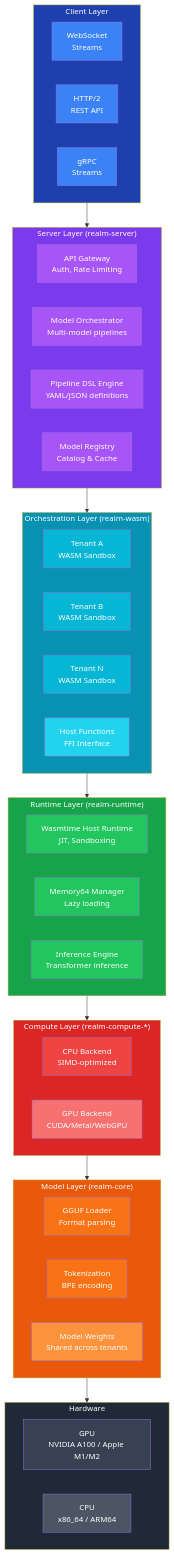
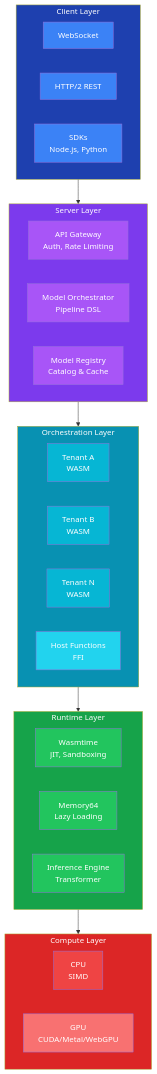
The third of 5 diagrams in README.md (Querent-ai/realm), drawn with Mermaid before and after one commit. The commit also changed other lines of this file, not shown here.

````diff
--- a/README.md
+++ b/README.md
@@ -260,79 +254,57 @@
 ```mermaid
 graph TB
-    subgraph Client["Client Layer"]
-        WS["WebSocket<br/>Streams"]
-        HTTP["HTTP/2<br/>REST API"]
-        GRPC["gRPC<br/>Streams"]
-        style Client fill:#1e40af,color:#fff
+    subgraph Clients["Client Layer"]
+        WS["WebSocket"]
+        HTTP["HTTP/2 REST"]
+        SDK["SDKs<br/>Node.js, Python"]
+        style Clients fill:#1e40af,color:#fff
         style WS fill:#3b82f6,color:#fff
         style HTTP fill:#3b82f6,color:#fff
-        style GRPC fill:#3b82f6,color:#fff
+        style SDK fill:#3b82f6,color:#fff
     end
     
-    subgraph Server["Server Layer (realm-server)"]
+    subgraph Server["Server Layer"]
         GATE["API Gateway<br/>Auth, Rate Limiting"]
-        ORCH["Model Orchestrator<br/>Multi-model pipelines"]
-        PIPELINE["Pipeline DSL Engine<br/>YAML/JSON definitions"]
-        REGISTRY["Model Registry<br/>Catalog & Cache"]
+        ORCH["Model Orchestrator<br/>Pipeline DSL"]
+        REG["Model Registry<br/>Catalog & Cache"]
         style Server fill:#7c3aed,color:#fff
         style GATE fill:#a855f7,color:#fff
         style ORCH fill:#a855f7,color:#fff
-        style PIPELINE fill:#a855f7,color:#fff
-        style REGISTRY fill:#a855f7,color:#fff
+        style REG fill:#a855f7,color:#fff
     end
     
-    subgraph WASM["Orchestration Layer (realm-wasm)"]
-        TA1["Tenant A<br/>WASM Sandbox"]
-        TB1["Tenant B<br/>WASM Sandbox"]
-        TN1["Tenant N<br/>WASM Sandbox"]
-        HF1["Host Functions<br/>FFI Interface"]
+    subgraph WASM["Orchestration Layer"]
+        T1["Tenant A<br/>WASM"]
+        T2["Tenant B<br/>WASM"]
+        TN["Tenant N<br/>WASM"]
+        HF["Host Functions<br/>FFI"]
         style WASM fill:#0891b2,color:#fff
-        style TA1 fill:#06b6d4,color:#fff
-        style TB1 fill:#06b6d4,color:#fff
-        style TN1 fill:#06b6d4,color:#fff
-        style HF1 fill:#22d3ee,color:#fff
+        style T1 fill:#06b6d4,color:#fff
+        style T2 fill:#06b6d4,color:#fff
+        style TN fill:#06b6d4,color:#fff
+        style HF fill:#22d3ee,color:#fff
     end
     
-    subgraph Runtime["Runtime Layer (realm-runtime)"]
-        WASMTIME["Wasmtime Host Runtime<br/>JIT, Sandboxing"]
-        MEM64["Memory64 Manager<br/>Lazy loading"]
-        INFER["Inference Engine<br/>Transformer inference"]
+    subgraph Runtime["Runtime Layer"]
+        WT["Wasmtime<br/>JIT, Sandboxing"]
+        MEM["Memory64<br/>Lazy Loading"]
+        INF["Inference Engine<br/>Transformer"]
         style Runtime fill:#16a34a,color:#fff
-        style WASMTIME fill:#22c55e,color:#fff
-        style MEM64 fill:#22c55e,color:#fff
-        style INFER fill:#22c55e,color:#fff
+        style WT fill:#22c55e,color:#fff
+        style MEM fill:#22c55e,color:#fff
+        style INF fill:#22c55e,color:#fff
     end
     
-    subgraph Compute["Compute Layer (realm-compute-*)"]
-        CPU["CPU Backend<br/>SIMD-optimized"]
-        GPU["GPU Backend<br/>CUDA/Metal/WebGPU"]
+    subgraph Compute["Compute Layer"]
+        CPU["CPU<br/>SIMD"]
+        GPU["GPU<br/>CUDA/Metal/WebGPU"]
         style Compute fill:#dc2626,color:#fff
         style CPU fill:#ef4444,color:#fff
         style GPU fill:#f87171,color:#fff
     end
     
-    subgraph Model["Model Layer (realm-core)"]
-        GGUF["GGUF Loader<br/>Format parsing"]
-        TOKEN["Tokenization<br/>BPE encoding"]
-        WEIGHTS["Model Weights<br/>Shared across tenants"]
-        style Model fill:#ea580c,color:#fff
-        style GGUF fill:#f97316,color:#fff
-        style TOKEN fill:#f97316,color:#fff
-        style WEIGHTS fill:#fb923c,color:#fff
-    end
-    
-    subgraph HW["Hardware"]
-        GPU_HW["GPU<br/>NVIDIA A100 / Apple M1/M2"]
-        CPU_HW["CPU<br/>x86_64 / ARM64"]
-        style HW fill:#1f2937,color:#fff
-        style GPU_HW fill:#374151,color:#fff
-        style CPU_HW fill:#4b5563,color:#fff
-    end
-    
-    Client --> Server
+    Clients --> Server
     Server --> WASM
     WASM --> Runtime
     Runtime --> Compute
-    Compute --> Model
-    Model --> HW
 ```
````
